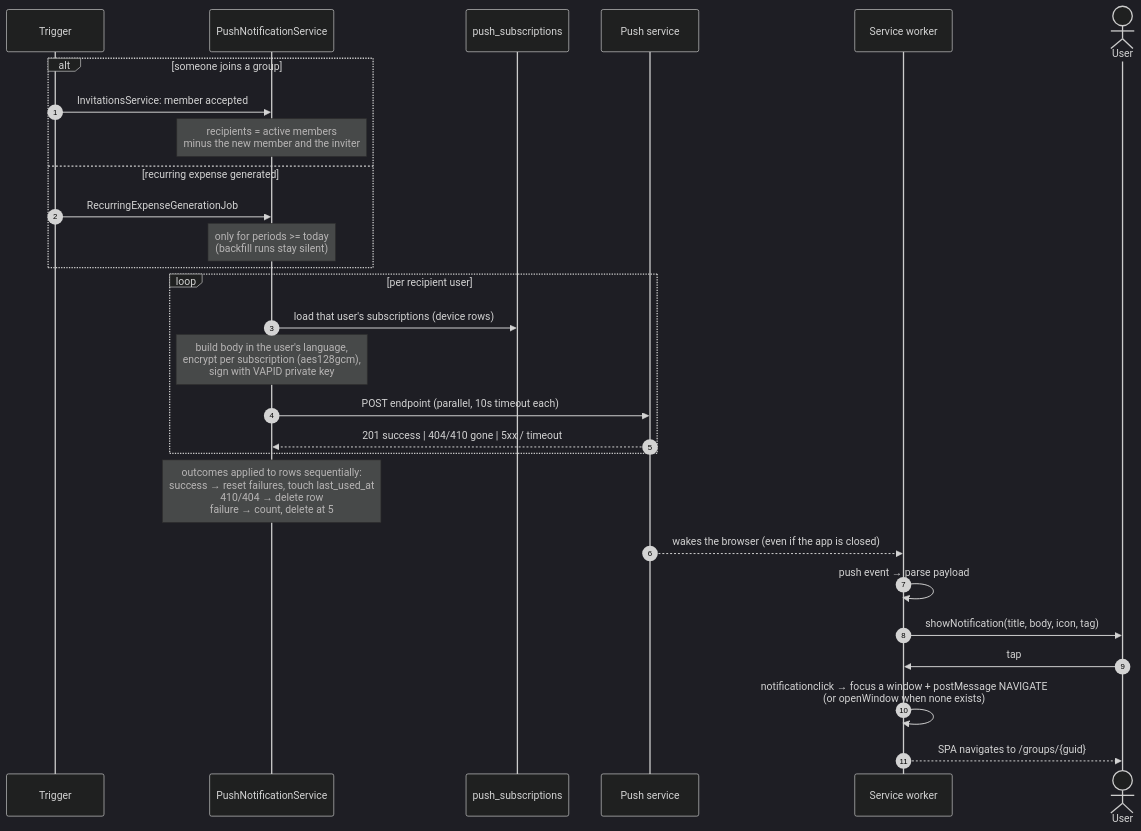
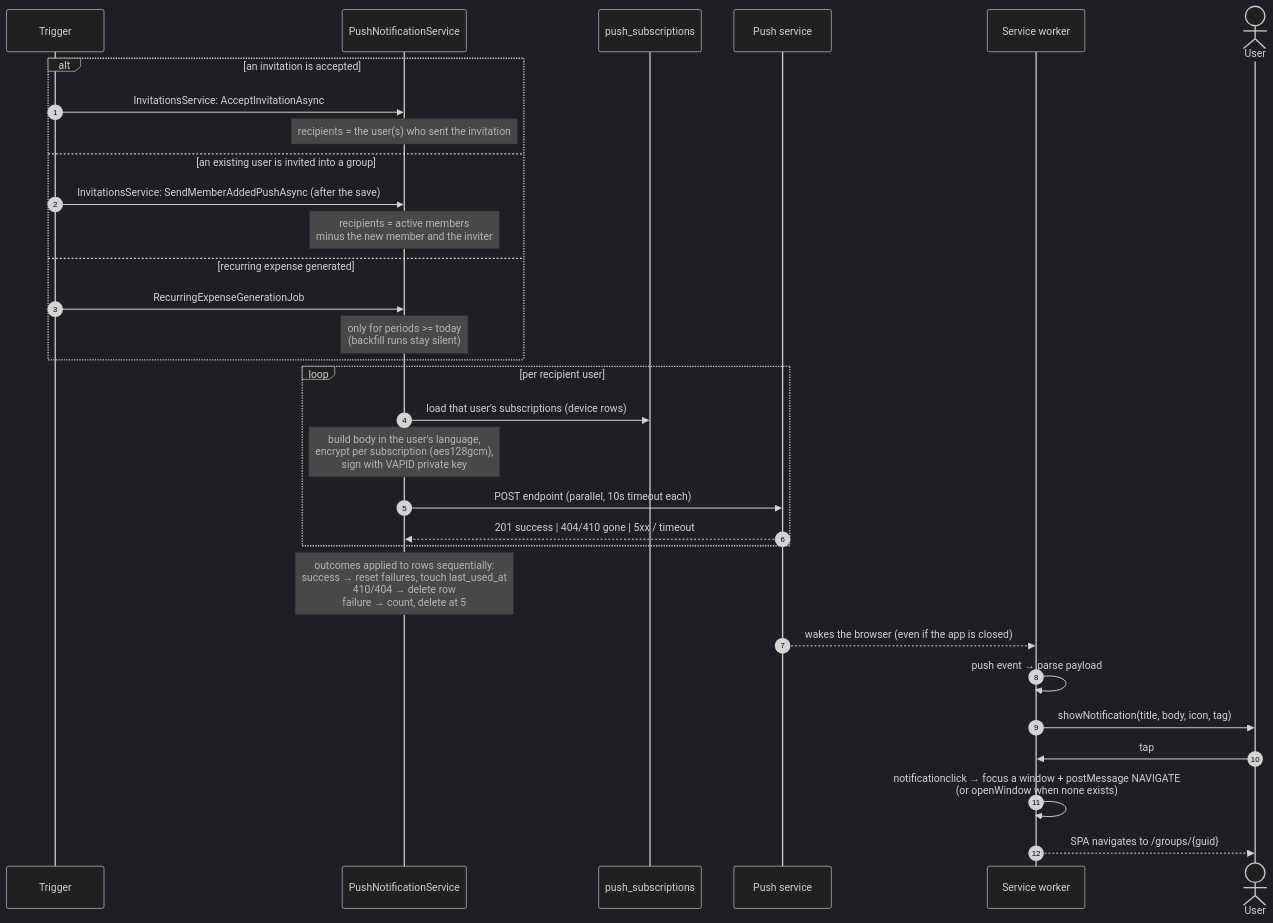
Before and after one commit to c4mbr0nn3/splitduo: the fourth of 6 diagrams in docs/features/push-notifications.md, drawn with Mermaid (dark theme). The commit also changed other lines of this file and 20 other files, not shown here.

````diff
--- a/docs/features/push-notifications.md
+++ b/docs/features/push-notifications.md
@@ -152,32 +158,35 @@
 ```mermaid
 sequenceDiagram
     autonumber
     participant T as Trigger
     participant API as PushNotificationService
     participant DB as push_subscriptions
     participant PS as Push service
     participant SW as Service worker
     actor U as User
 
-    alt someone joins a group
-        T->>API: InvitationsService: member accepted
+    alt an invitation is accepted
+        T->>API: InvitationsService: AcceptInvitationAsync
+        Note over API: recipients = the user(s) who sent the invitation
+    else an existing user is invited into a group
+        T->>API: InvitationsService: SendMemberAddedPushAsync (after the save)
         Note over API: recipients = active members<br/>minus the new member and the inviter
     else recurring expense generated
         T->>API: RecurringExpenseGenerationJob
         Note over API: only for periods >= today<br/>(backfill runs stay silent)
     end
 
     loop per recipient user
         API->>DB: load that user's subscriptions (device rows)
         Note over API: build body in the user's language,<br/>encrypt per subscription (aes128gcm),<br/>sign with VAPID private key
         API->>PS: POST endpoint (parallel, 10s timeout each)
         PS-->>API: 201 success | 404/410 gone | 5xx / timeout
     end
     Note over API: outcomes applied to rows sequentially:<br/>success → reset failures, touch last_used_at<br/>410/404 → delete row<br/>failure → count, delete at 5
     PS-->>SW: wakes the browser (even if the app is closed)
     SW->>SW: push event → parse payload
     SW->>U: showNotification(title, body, icon, tag)
     U->>SW: tap
     SW->>SW: notificationclick → focus a window + postMessage NAVIGATE<br/>(or openWindow when none exists)
     SW-->>U: SPA navigates to /groups/{guid}
 ```
````
